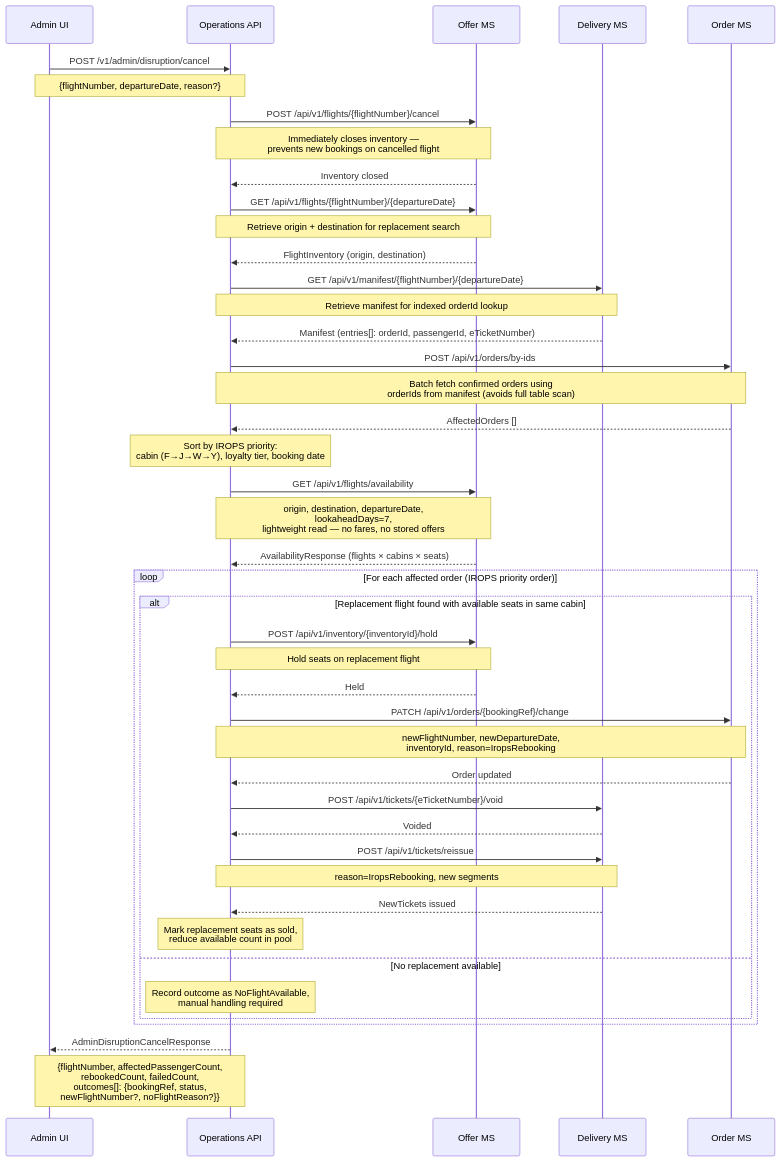
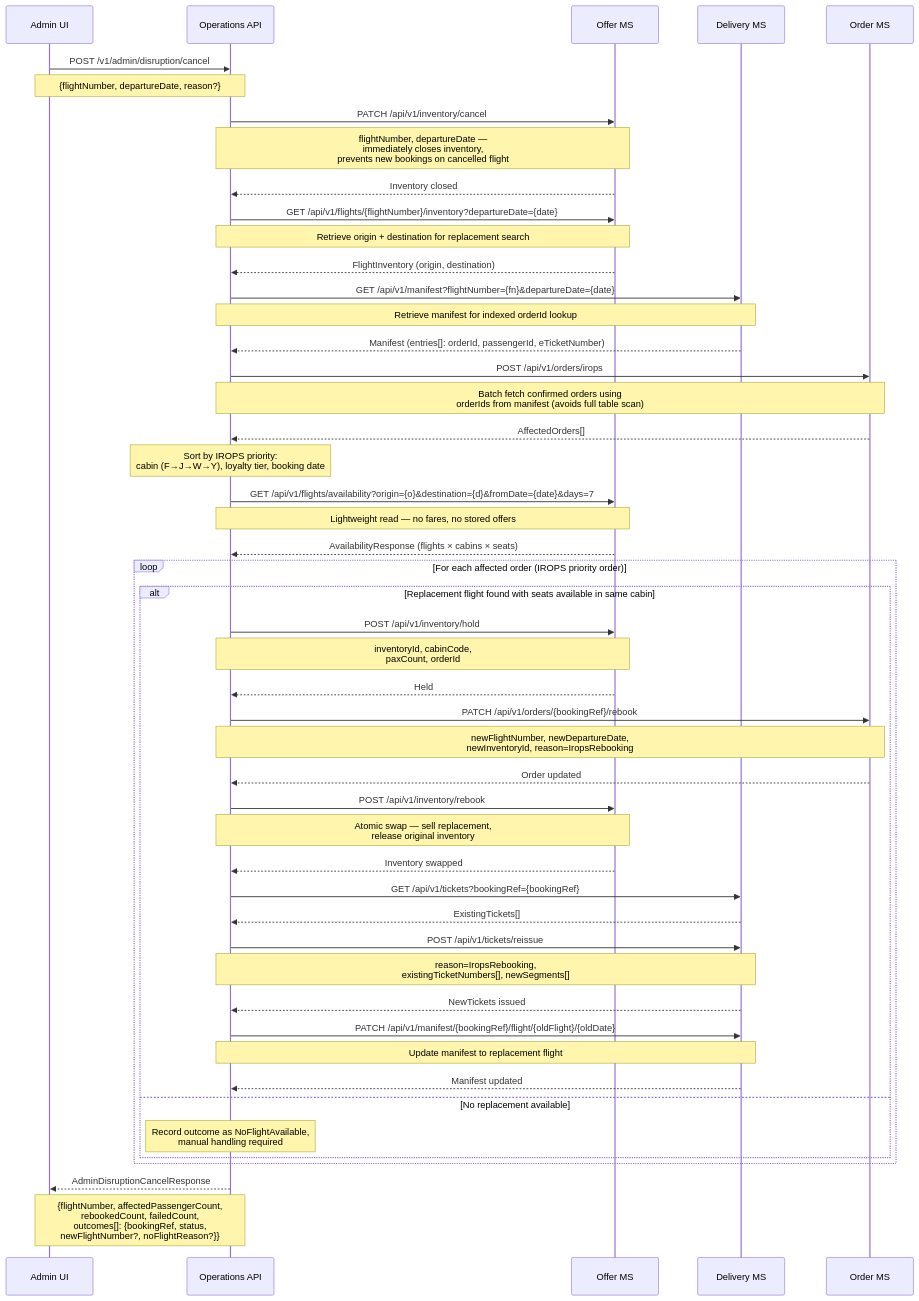
The first of 7 diagrams in documentation/sequences/disruption.md (sebharvey/airline-reservation-system), drawn with Mermaid before and after one commit. The commit also changed other lines of this file and 11 other files, not shown here.

````diff
--- a/documentation/sequences/disruption.md
+++ b/documentation/sequences/disruption.md
@@ -11,59 +11,66 @@
 ```mermaid
 sequenceDiagram
     participant Terminal as Admin UI
     participant OpsAPI as Operations API
     participant OfferMS as Offer MS
     participant DeliveryMS as Delivery MS
     participant OrderMS as Order MS
 
     Terminal->>OpsAPI: POST /v1/admin/disruption/cancel
     Note over Terminal,OpsAPI: {flightNumber, departureDate, reason?}
 
-    OpsAPI->>OfferMS: POST /api/v1/flights/{flightNumber}/cancel
-    Note over OpsAPI,OfferMS: Immediately closes inventory —<br/>prevents new bookings on cancelled flight
+    OpsAPI->>OfferMS: PATCH /api/v1/inventory/cancel
+    Note over OpsAPI,OfferMS: flightNumber, departureDate —<br/>immediately closes inventory,<br/>prevents new bookings on cancelled flight
     OfferMS-->>OpsAPI: Inventory closed
 
-    OpsAPI->>OfferMS: GET /api/v1/flights/{flightNumber}/{departureDate}
+    OpsAPI->>OfferMS: GET /api/v1/flights/{flightNumber}/inventory?departureDate={date}
     Note over OpsAPI,OfferMS: Retrieve origin + destination for replacement search
     OfferMS-->>OpsAPI: FlightInventory (origin, destination)
 
-    OpsAPI->>DeliveryMS: GET /api/v1/manifest/{flightNumber}/{departureDate}
+    OpsAPI->>DeliveryMS: GET /api/v1/manifest?flightNumber={fn}&departureDate={date}
     Note over OpsAPI,DeliveryMS: Retrieve manifest for indexed orderId lookup
     DeliveryMS-->>OpsAPI: Manifest (entries[]: orderId, passengerId, eTicketNumber)
 
-    OpsAPI->>OrderMS: POST /api/v1/orders/by-ids
+    OpsAPI->>OrderMS: POST /api/v1/orders/irops
     Note over OpsAPI,OrderMS: Batch fetch confirmed orders using<br/>orderIds from manifest (avoids full table scan)
-    OrderMS-->>OpsAPI: AffectedOrders []
+    OrderMS-->>OpsAPI: AffectedOrders[]
 
     Note over OpsAPI: Sort by IROPS priority:<br/>cabin (F→J→W→Y), loyalty tier, booking date
 
-    OpsAPI->>OfferMS: GET /api/v1/flights/availability
-    Note over OpsAPI,OfferMS: origin, destination, departureDate,<br/>lookaheadDays=7,<br/>lightweight read — no fares, no stored offers
+    OpsAPI->>OfferMS: GET /api/v1/flights/availability?origin={o}&destination={d}&fromDate={date}&days=7
+    Note over OpsAPI,OfferMS: Lightweight read — no fares, no stored offers
     OfferMS-->>OpsAPI: AvailabilityResponse (flights × cabins × seats)
 
     loop For each affected order (IROPS priority order)
-        alt Replacement flight found with available seats in same cabin
-            OpsAPI->>OfferMS: POST /api/v1/inventory/{inventoryId}/hold
-            Note over OpsAPI,OfferMS: Hold seats on replacement flight
+        alt Replacement flight found with seats available in same cabin
+            OpsAPI->>OfferMS: POST /api/v1/inventory/hold
+            Note over OpsAPI,OfferMS: inventoryId, cabinCode,<br/>paxCount, orderId
             OfferMS-->>OpsAPI: Held
 
-            OpsAPI->>OrderMS: PATCH /api/v1/orders/{bookingRef}/change
-            Note over OpsAPI,OrderMS: newFlightNumber, newDepartureDate,<br/>inventoryId, reason=IropsRebooking
+            OpsAPI->>OrderMS: PATCH /api/v1/orders/{bookingRef}/rebook
+            Note over OpsAPI,OrderMS: newFlightNumber, newDepartureDate,<br/>newInventoryId, reason=IropsRebooking
             OrderMS-->>OpsAPI: Order updated
 
-            OpsAPI->>DeliveryMS: POST /api/v1/tickets/{eTicketNumber}/void
-            DeliveryMS-->>OpsAPI: Voided
+            OpsAPI->>OfferMS: POST /api/v1/inventory/rebook
+            Note over OpsAPI,OfferMS: Atomic swap — sell replacement,<br/>release original inventory
+            OfferMS-->>OpsAPI: Inventory swapped
+
+            OpsAPI->>DeliveryMS: GET /api/v1/tickets?bookingRef={bookingRef}
+            DeliveryMS-->>OpsAPI: ExistingTickets[]
 
             OpsAPI->>DeliveryMS: POST /api/v1/tickets/reissue
-            Note over OpsAPI,DeliveryMS: reason=IropsRebooking, new segments
+            Note over OpsAPI,DeliveryMS: reason=IropsRebooking,<br/>existingTicketNumbers[], newSegments[]
             DeliveryMS-->>OpsAPI: NewTickets issued
 
-            Note over OpsAPI: Mark replacement seats as sold,<br/>reduce available count in pool
+            OpsAPI->>DeliveryMS: PATCH /api/v1/manifest/{bookingRef}/flight/{oldFlight}/{oldDate}
+            Note over OpsAPI,DeliveryMS: Update manifest to replacement flight
+            DeliveryMS-->>OpsAPI: Manifest updated
+
         else No replacement available
             Note over OpsAPI: Record outcome as NoFlightAvailable,<br/>manual handling required
         end
     end
 
     OpsAPI-->>Terminal: AdminDisruptionCancelResponse
     Note over OpsAPI,Terminal: {flightNumber, affectedPassengerCount,<br/>rebookedCount, failedCount,<br/>outcomes[]: {bookingRef, status,<br/>newFlightNumber?, noFlightReason?}}
 ```
````
